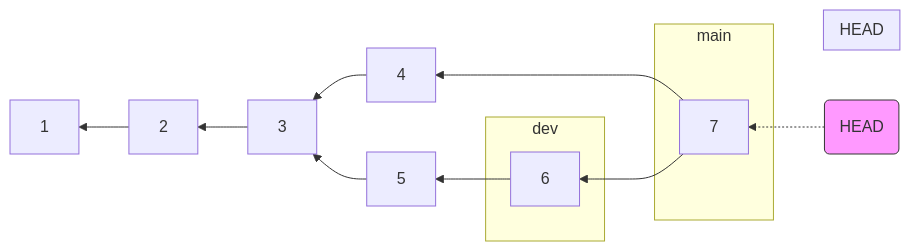
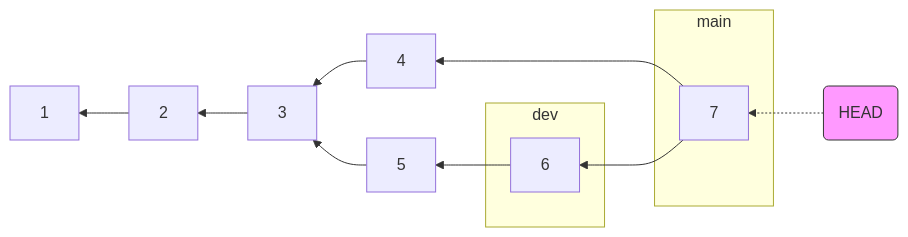
Before and after one commit to ualjjcanada/ejemplosMermade: the sixth of 6 diagrams in README.md, drawn with Mermaid.

````diff
--- a/README.md
+++ b/README.md
@@ -67,22 +67,19 @@
 ```mermaid
     flowchart RL;
     2-->1;
     3-->2;
     4-->3;
     5-->3;
     6-->5;
     7-->6;
     7-->4;
     subgraph main
     7
     end;
     subgraph dev
     6
     end;
-    subgraph HEAD
-    7
-    end;
     id1(HEAD) -.-> 7
     style id1 fill:#f9f,stroke:#333,stroke-width:1px
     
 ```
````
